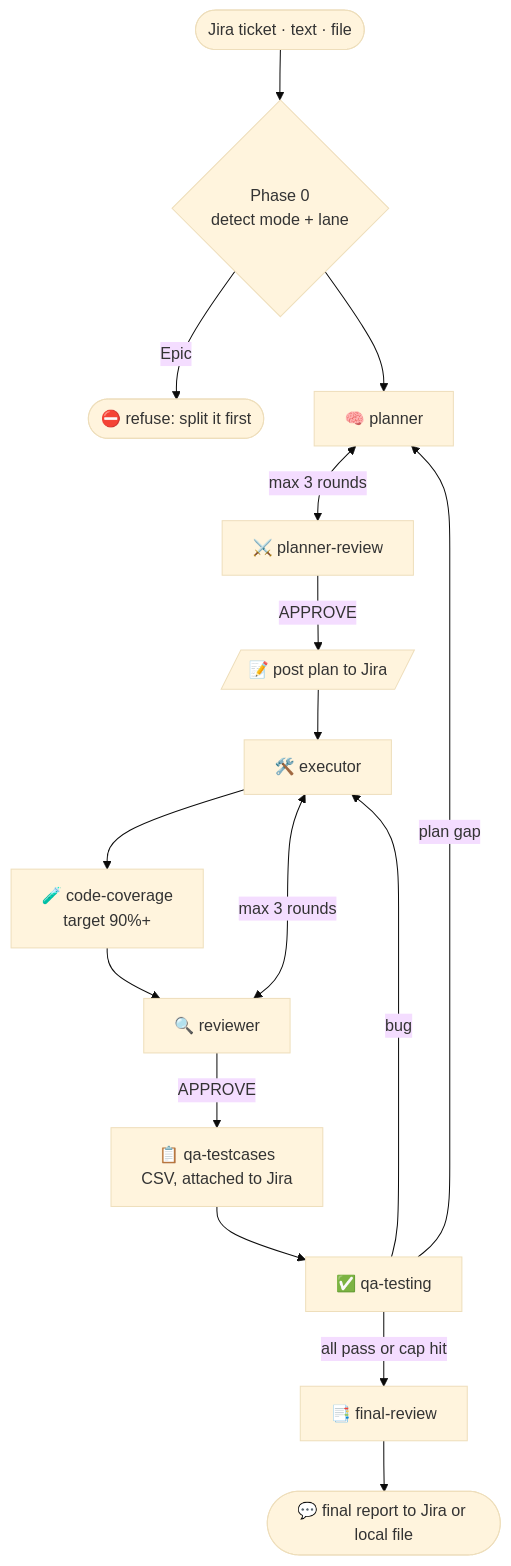
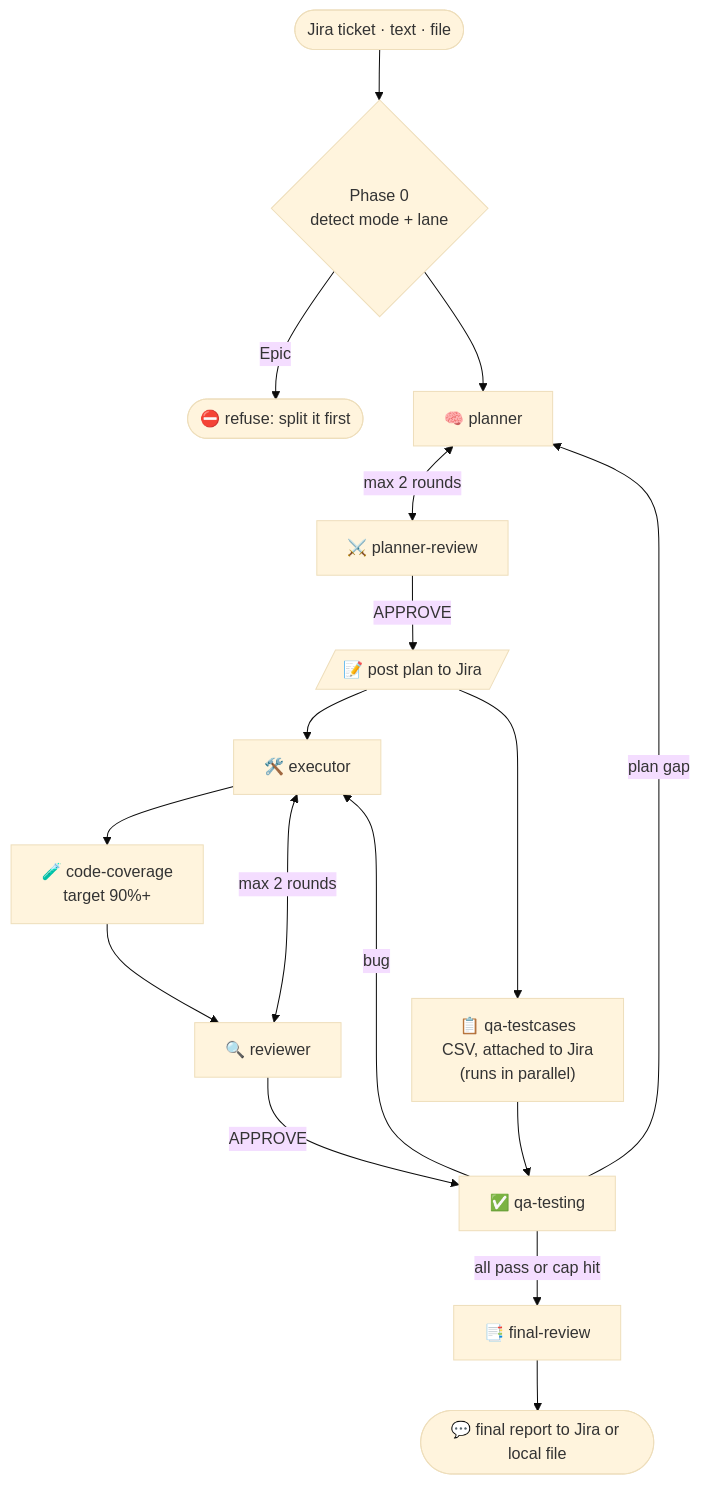
Before and after one commit to atrimadhu/jira-dev-loop: the diagram in README.md, drawn with Mermaid (base theme). The commit also changed other lines of this file and 10 other files, not shown here.

````diff
--- a/README.md
+++ b/README.md
@@ -143,18 +149,19 @@
 ```mermaid
 flowchart TD
     IN(["Jira ticket · text · file"]) --> P0{"Phase 0<br/>detect mode + lane"}
     P0 -->|Epic| STOP(["⛔ refuse: split it first"])
     P0 --> PL["🧠 planner"]
-    PL <-->|max 3 rounds| PR["⚔️ planner-review"]
+    PL <-->|max 2 rounds| PR["⚔️ planner-review"]
     PR -->|APPROVE| POST1[/"📝 post plan to Jira"/]
     POST1 --> EX["🛠️ executor"]
+    POST1 --> QC["📋 qa-testcases<br/>CSV, attached to Jira<br/>(runs in parallel)"]
     EX --> COV["🧪 code-coverage<br/>target 90%+"]
     COV --> RV["🔍 reviewer"]
-    RV <-->|max 3 rounds| EX
-    RV -->|APPROVE| QC["📋 qa-testcases<br/>CSV, attached to Jira"]
-    QC --> QT["✅ qa-testing"]
+    RV <-->|max 2 rounds| EX
+    RV -->|APPROVE| QT["✅ qa-testing"]
+    QC --> QT
     QT -->|bug| EX
     QT -->|plan gap| PL
     QT -->|all pass or cap hit| FR["📑 final-review"]
     FR --> OUT(["💬 final report to Jira or local file"])
 ```
````
